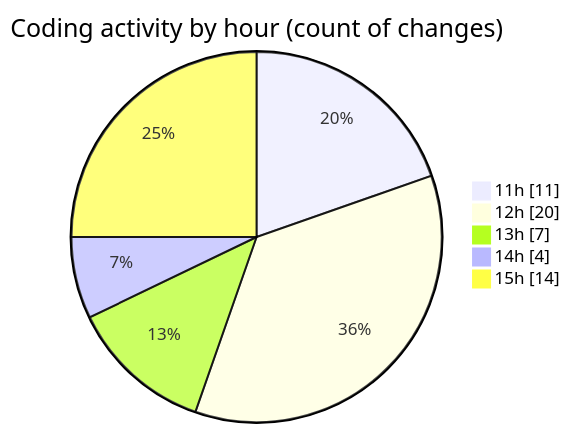
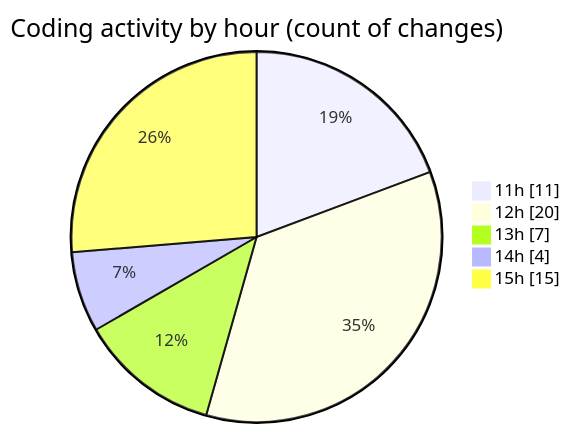
The second of 2 diagrams in 2025-10-14/nxtqube_webapp/README.md (nxtqubesakshisongat/code-tracking), drawn with Mermaid before and after one commit. The commit also changed other lines of this file and 1 other file, not shown here.

````diff
--- a/2025-10-14/nxtqube_webapp/README.md
+++ b/2025-10-14/nxtqube_webapp/README.md
@@ -29,9 +29,9 @@
 ```mermaid
 pie showData
 title Coding activity by hour (count of changes)
 "11h" : 11
 "12h" : 20
 "13h" : 7
 "14h" : 4
-"15h" : 14
+"15h" : 15
 ```
````
